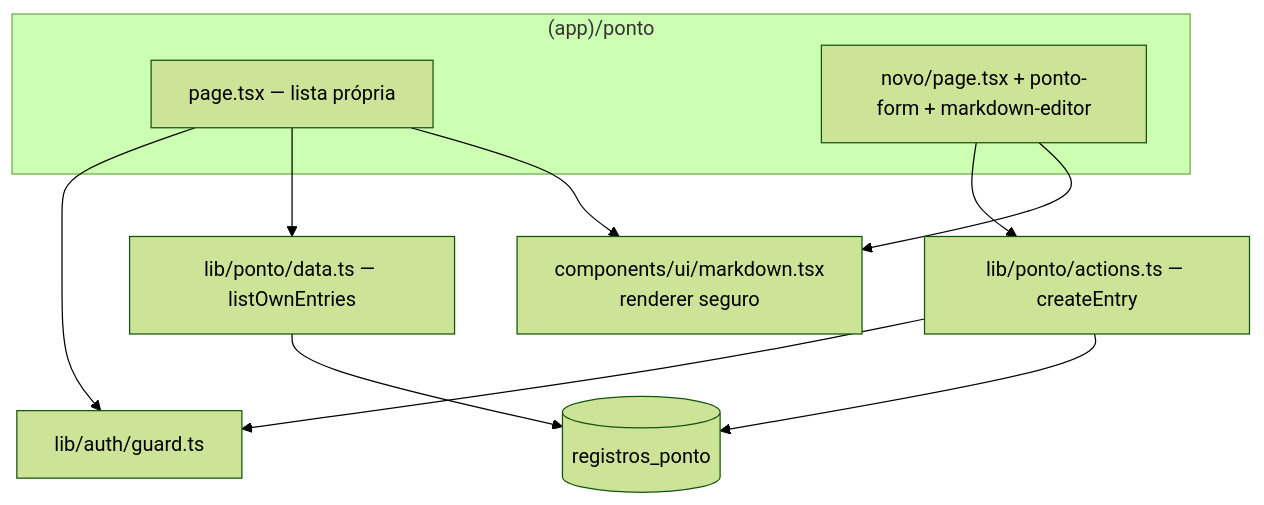
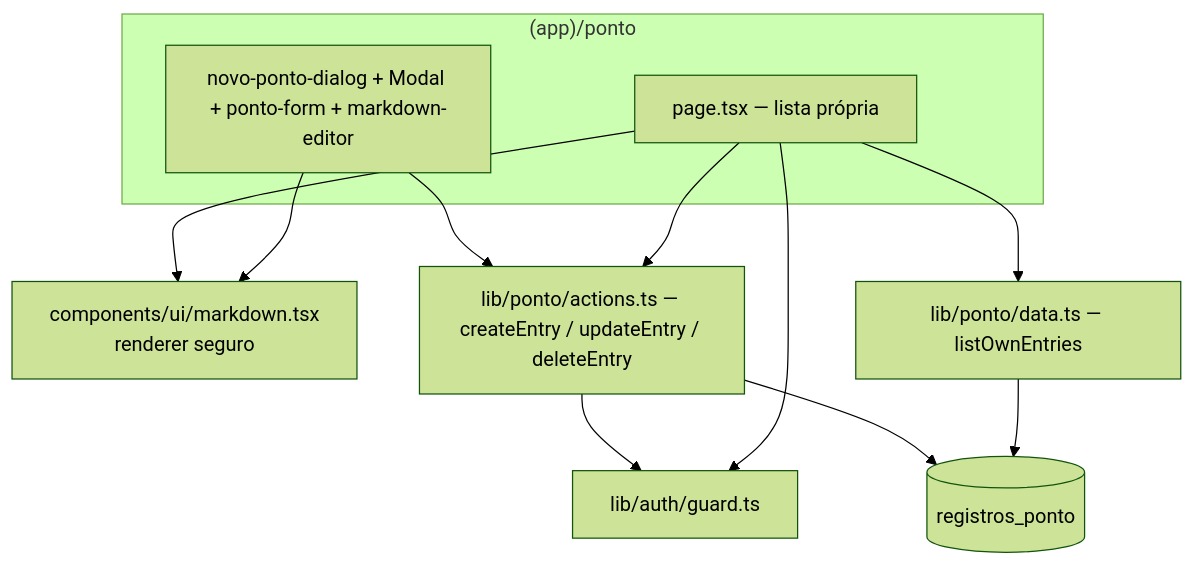
Before and after one commit to victorzix/controlbio-ponto: the diagram in docs/specs/003-registro-de-ponto/design.md, drawn with Mermaid (forest theme). The commit also changed other lines of this file and 70 other files, not shown here.

````diff
--- a/docs/specs/003-registro-de-ponto/design.md
+++ b/docs/specs/003-registro-de-ponto/design.md
@@ -7,19 +7,20 @@
 ```mermaid
 flowchart TD
   subgraph UI["(app)/ponto"]
     L[page.tsx — lista própria]
-    N[novo/page.tsx + ponto-form + markdown-editor]
+    N[novo-ponto-dialog + Modal + ponto-form + markdown-editor]
   end
   MD[components/ui/markdown.tsx<br/>renderer seguro]
-  A[lib/ponto/actions.ts — createEntry]
+  A[lib/ponto/actions.ts — createEntry / updateEntry / deleteEntry]
   D[lib/ponto/data.ts — listOwnEntries]
   G[lib/auth/guard.ts]
   DB[(registros_ponto)]
 
   N --> A --> G
   A --> DB
+  L --> A
   L --> G
   L --> D --> DB
   L --> MD
   N --> MD
 ```
````
